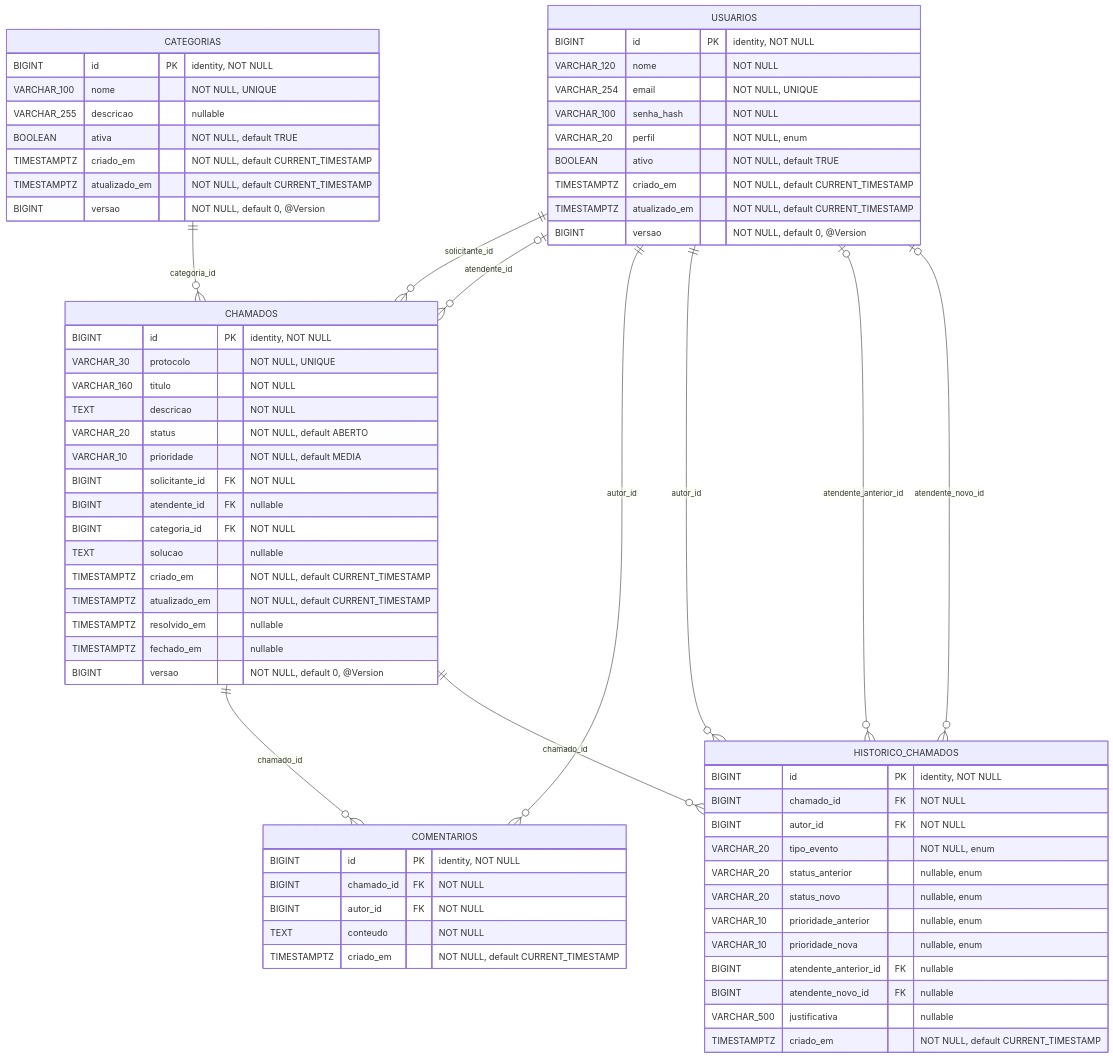
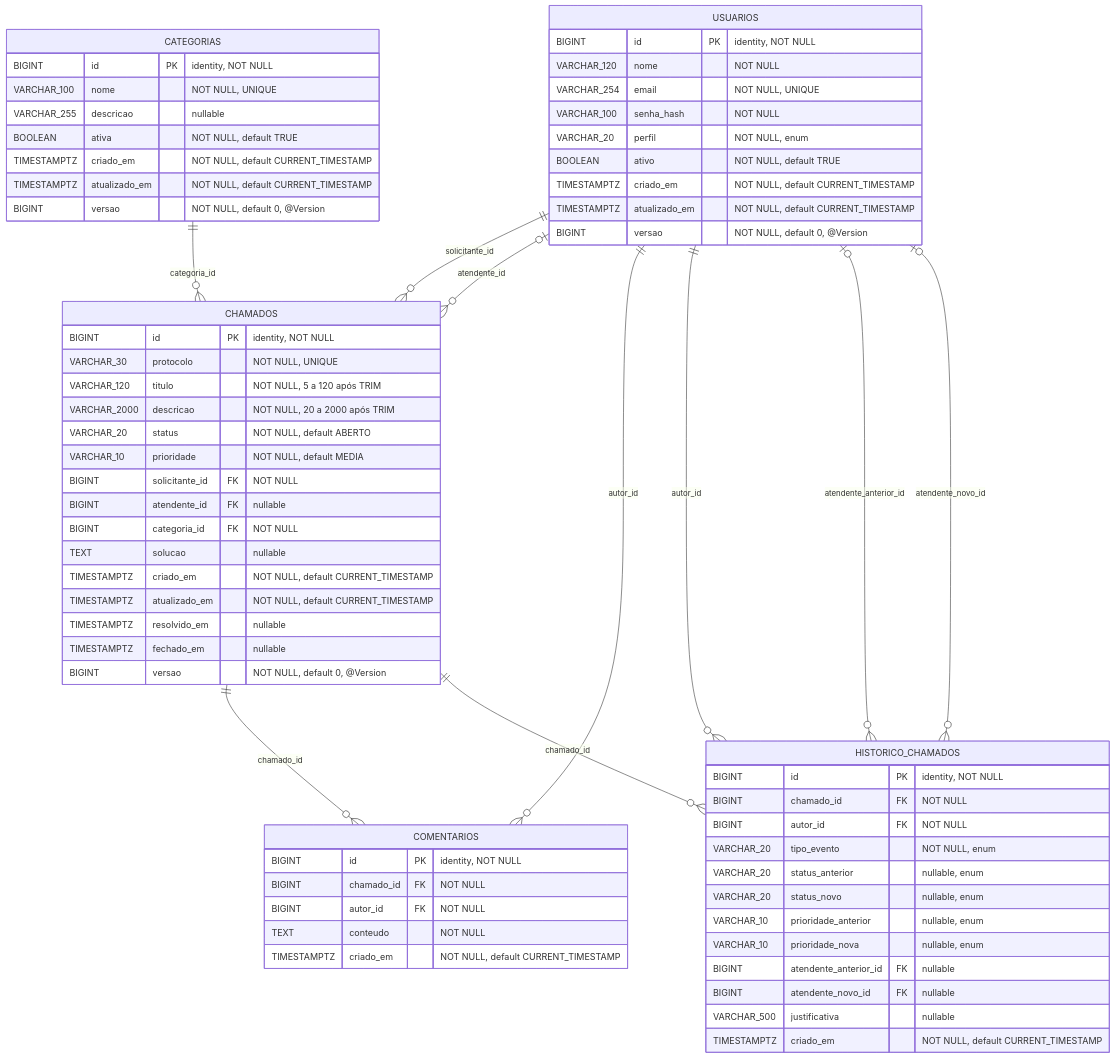
One commit to RenanSouzadeOliveira/SOFTWARE_PRODUCT_IMPACTA_RESOLVEAI changed the diagram in docs/modelo-entidade-relacionamento.md. Above: the diagram before and after it, drawn with Mermaid. The commit also changed other lines of this file and 39 other files, not shown here.

````diff
--- a/docs/modelo-entidade-relacionamento.md
+++ b/docs/modelo-entidade-relacionamento.md
@@ -7,76 +7,76 @@
 ```mermaid
 erDiagram
     %% Entidades centrais em foco: USUARIOS, CATEGORIAS e CHAMADOS.
     USUARIOS {
         BIGINT id PK "identity, NOT NULL"
         VARCHAR_120 nome "NOT NULL"
         VARCHAR_254 email "NOT NULL, UNIQUE"
         VARCHAR_100 senha_hash "NOT NULL"
         VARCHAR_20 perfil "NOT NULL, enum"
         BOOLEAN ativo "NOT NULL, default TRUE"
         TIMESTAMPTZ criado_em "NOT NULL, default CURRENT_TIMESTAMP"
         TIMESTAMPTZ atualizado_em "NOT NULL, default CURRENT_TIMESTAMP"
         BIGINT versao "NOT NULL, default 0, @Version"
     }
 
     CATEGORIAS {
         BIGINT id PK "identity, NOT NULL"
         VARCHAR_100 nome "NOT NULL, UNIQUE"
         VARCHAR_255 descricao "nullable"
         BOOLEAN ativa "NOT NULL, default TRUE"
         TIMESTAMPTZ criado_em "NOT NULL, default CURRENT_TIMESTAMP"
         TIMESTAMPTZ atualizado_em "NOT NULL, default CURRENT_TIMESTAMP"
         BIGINT versao "NOT NULL, default 0, @Version"
     }
 
     CHAMADOS {
         BIGINT id PK "identity, NOT NULL"
         VARCHAR_30 protocolo "NOT NULL, UNIQUE"
-        VARCHAR_160 titulo "NOT NULL"
-        TEXT descricao "NOT NULL"
+        VARCHAR_120 titulo "NOT NULL, 5 a 120 após TRIM"
+        VARCHAR_2000 descricao "NOT NULL, 20 a 2000 após TRIM"
         VARCHAR_20 status "NOT NULL, default ABERTO"
         VARCHAR_10 prioridade "NOT NULL, default MEDIA"
         BIGINT solicitante_id FK "NOT NULL"
         BIGINT atendente_id FK "nullable"
         BIGINT categoria_id FK "NOT NULL"
         TEXT solucao "nullable"
         TIMESTAMPTZ criado_em "NOT NULL, default CURRENT_TIMESTAMP"
         TIMESTAMPTZ atualizado_em "NOT NULL, default CURRENT_TIMESTAMP"
         TIMESTAMPTZ resolvido_em "nullable"
         TIMESTAMPTZ fechado_em "nullable"
         BIGINT versao "NOT NULL, default 0, @Version"
     }
 
     COMENTARIOS {
         BIGINT id PK "identity, NOT NULL"
         BIGINT chamado_id FK "NOT NULL"
         BIGINT autor_id FK "NOT NULL"
         TEXT conteudo "NOT NULL"
         TIMESTAMPTZ criado_em "NOT NULL, default CURRENT_TIMESTAMP"
     }
 
     HISTORICO_CHAMADOS {
         BIGINT id PK "identity, NOT NULL"
         BIGINT chamado_id FK "NOT NULL"
         BIGINT autor_id FK "NOT NULL"
         VARCHAR_20 tipo_evento "NOT NULL, enum"
         VARCHAR_20 status_anterior "nullable, enum"
         VARCHAR_20 status_novo "nullable, enum"
         VARCHAR_10 prioridade_anterior "nullable, enum"
         VARCHAR_10 prioridade_nova "nullable, enum"
         BIGINT atendente_anterior_id FK "nullable"
         BIGINT atendente_novo_id FK "nullable"
         VARCHAR_500 justificativa "nullable"
         TIMESTAMPTZ criado_em "NOT NULL, default CURRENT_TIMESTAMP"
     }
 
     USUARIOS ||--o{ CHAMADOS : "solicitante_id"
     USUARIOS o|--o{ CHAMADOS : "atendente_id"
     CATEGORIAS ||--o{ CHAMADOS : "categoria_id"
     CHAMADOS ||--o{ COMENTARIOS : "chamado_id"
     USUARIOS ||--o{ COMENTARIOS : "autor_id"
     CHAMADOS ||--o{ HISTORICO_CHAMADOS : "chamado_id"
     USUARIOS ||--o{ HISTORICO_CHAMADOS : "autor_id"
     USUARIOS o|--o{ HISTORICO_CHAMADOS : "atendente_anterior_id"
     USUARIOS o|--o{ HISTORICO_CHAMADOS : "atendente_novo_id"
 ```
````
